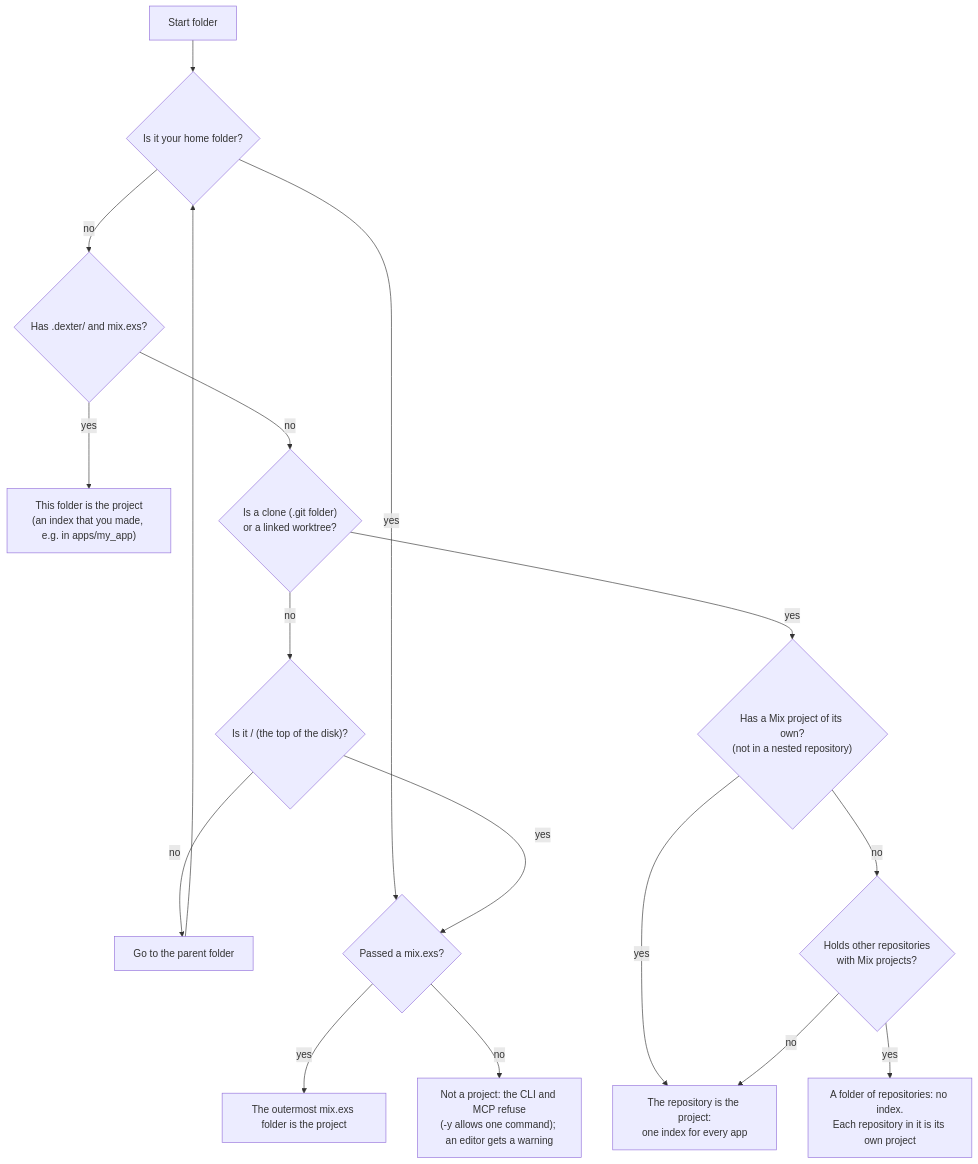
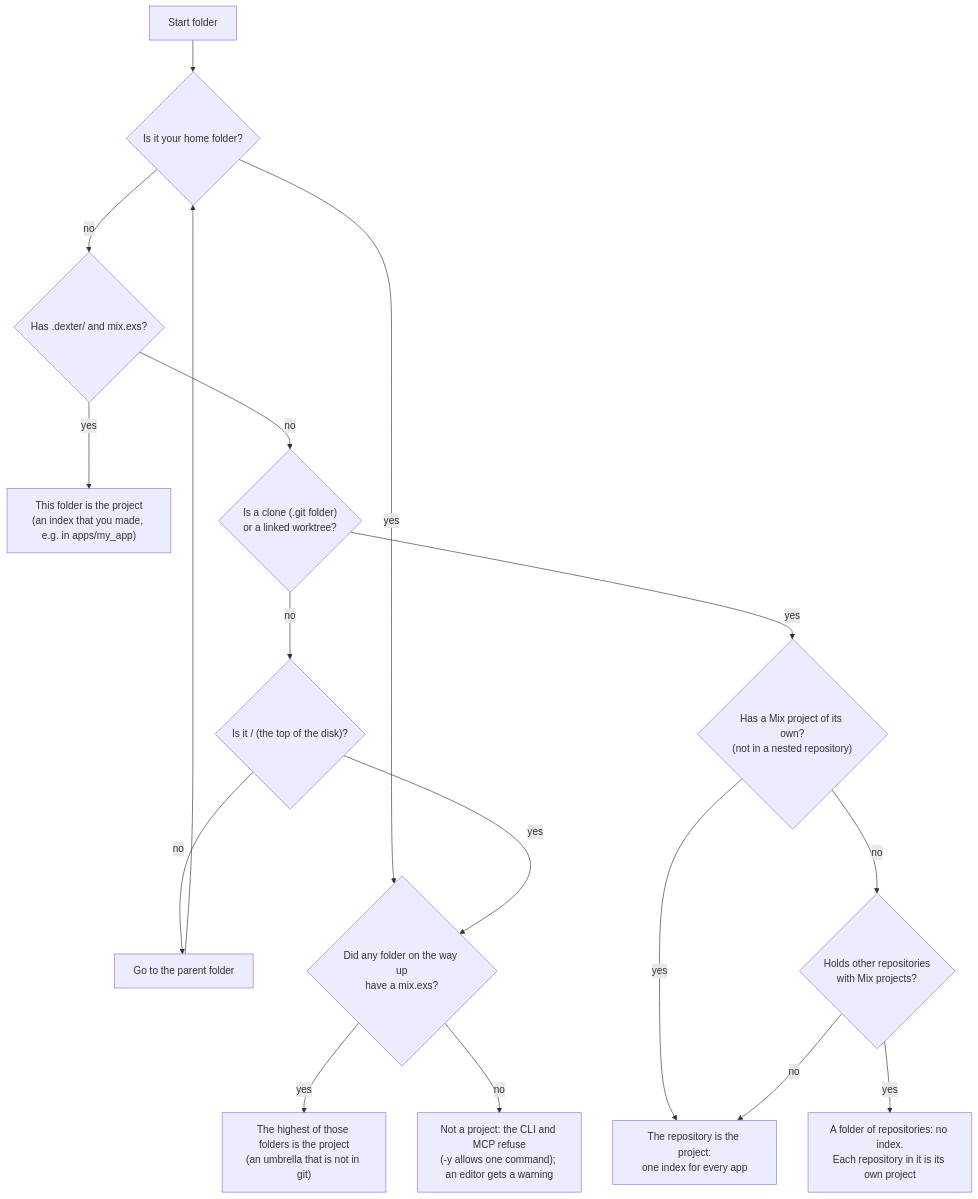
Before and after one commit to remoteoss/dexter: the diagram in README.md, drawn with Mermaid.

Commit message:
Make the mix.exs step of the README flowchart clear

````diff
--- a/README.md
+++ b/README.md
@@ -650,18 +650,18 @@
 ```mermaid
 flowchart TD
     start["Start folder"] --> home{"Is it your home folder?"}
     home -- no --> index{"Has .dexter/ and mix.exs?"}
     index -- yes --> app["This folder is the project<br/>(an index that you made, e.g. in apps/my_app)"]
     index -- no --> git{"Is a clone (.git folder)<br/>or a linked worktree?"}
     git -- no --> top{"Is it / (the top of the disk)?"}
     top -- no --> up["Go to the parent folder"] --> home
-    home -- yes --> mix{"Passed a mix.exs?"}
+    home -- yes --> mix{"Did any folder on the way up<br/>have a mix.exs?"}
     top -- yes --> mix
-    mix -- yes --> outer["The outermost mix.exs folder is the project"]
+    mix -- yes --> outer["The highest of those folders is the project<br/>(an umbrella that is not in git)"]
     mix -- no --> none["Not a project: the CLI and MCP refuse<br/>(-y allows one command); an editor gets a warning"]
     git -- yes --> own{"Has a Mix project of its own?<br/>(not in a nested repository)"}
     own -- yes --> repo["The repository is the project:<br/>one index for every app"]
     own -- no --> holds{"Holds other repositories<br/>with Mix projects?"}
     holds -- yes --> container["A folder of repositories: no index.<br/>Each repository in it is its own project"]
     holds -- no --> repo
 ```
````
